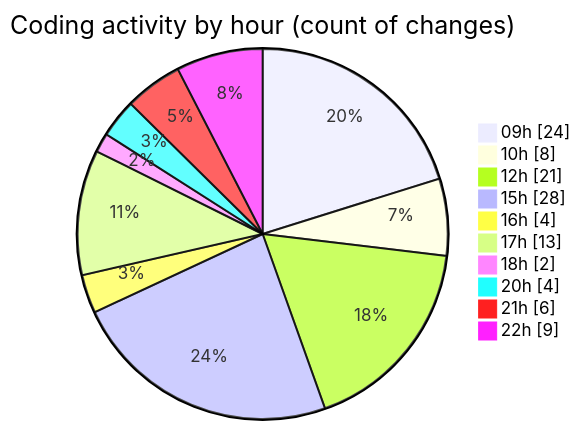
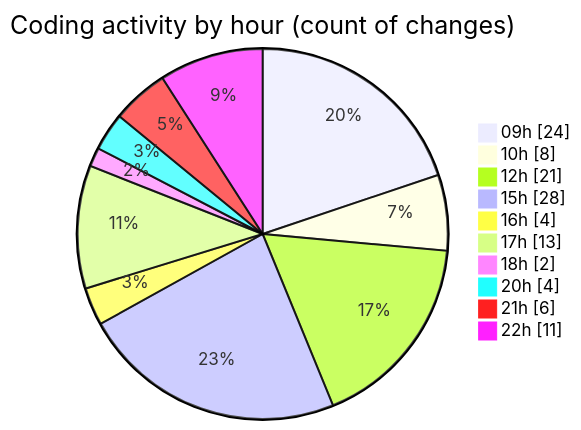
One commit to lephambinh05/code-tracking changed the second of 2 diagrams in 2025-08-18/rentotp/README.md. Above: the diagram before and after it, drawn with Mermaid. The commit also changed other lines of this file and 1 other file, not shown here.

````diff
--- a/2025-08-18/rentotp/README.md
+++ b/2025-08-18/rentotp/README.md
@@ -71,14 +71,14 @@
 ```mermaid
 pie showData
 title Coding activity by hour (count of changes)
 "09h" : 24
 "10h" : 8
 "12h" : 21
 "15h" : 28
 "16h" : 4
 "17h" : 13
 "18h" : 2
 "20h" : 4
 "21h" : 6
-"22h" : 9
+"22h" : 11
 ```
````
